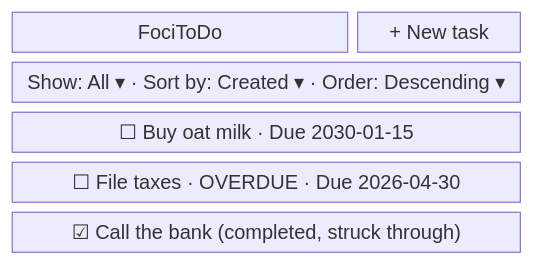
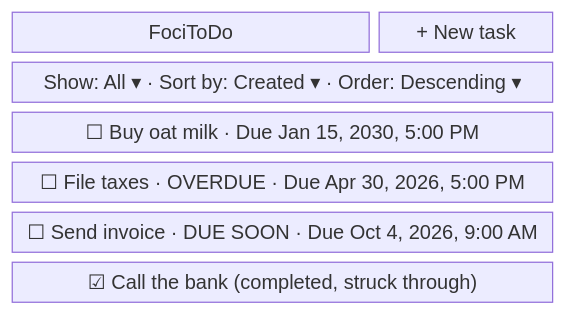
One commit to charlesmalo/FociToDo changed the third of 13 diagrams in docs/ui.md. Above: the diagram before and after it, drawn with Mermaid. The commit also changed other lines of this file and 20 other files, not shown here.

````diff
--- a/docs/ui.md
+++ b/docs/ui.md
@@ -53,9 +53,10 @@
 ```mermaid
 block-beta
   columns 3
   title["FociToDo"]:2 newtask["+ New task"]
   filters["Show: All ▾ · Sort by: Created ▾ · Order: Descending ▾"]:3
-  row1["☐ Buy oat milk · Due 2030-01-15"]:3
-  row2["☐ File taxes · OVERDUE · Due 2026-04-30"]:3
-  row3["☑ Call the bank (completed, struck through)"]:3
+  row1["☐ Buy oat milk · Due Jan 15, 2030, 5:00 PM"]:3
+  row2["☐ File taxes · OVERDUE · Due Apr 30, 2026, 5:00 PM"]:3
+  row3["☐ Send invoice · DUE SOON · Due Oct 4, 2026, 9:00 AM"]:3
+  row4["☑ Call the bank (completed, struck through)"]:3
 ```
````
